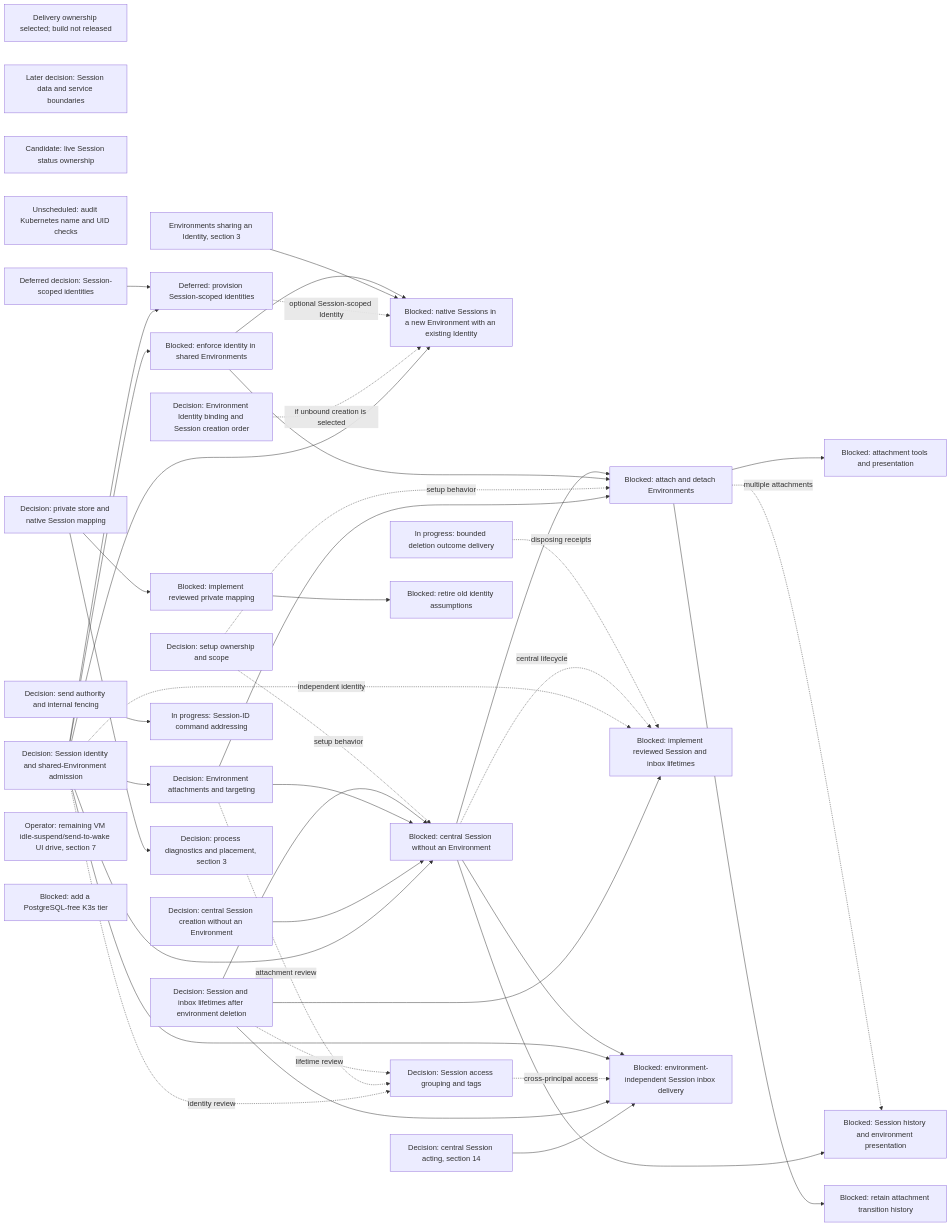
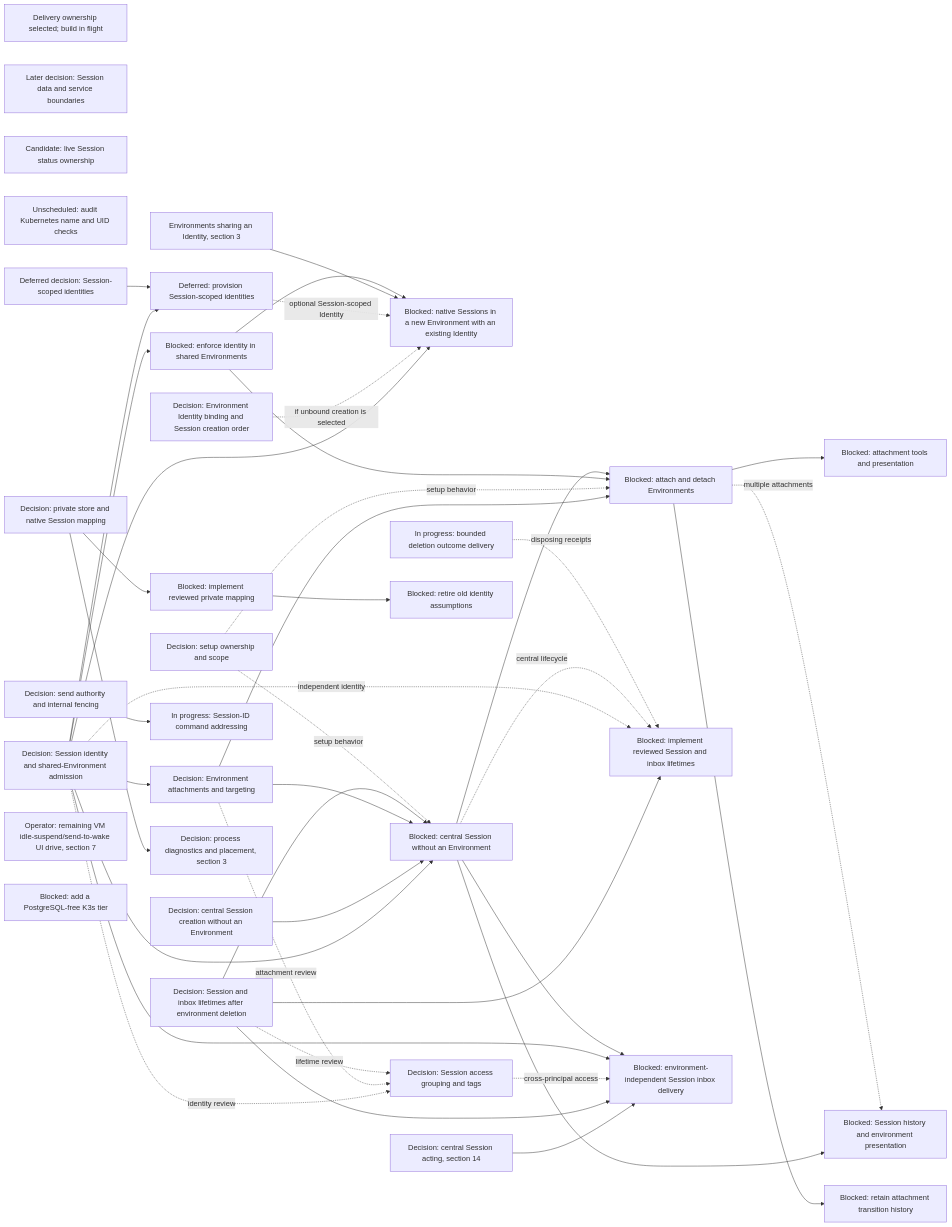
One commit to agentydragon/ducktape changed diagram 15 of 20 in agentplane/plans/task_dag.md. Above: the diagram before and after it, drawn with Mermaid. The commit also changed other lines of this file, not shown here.

First line of the commit message:
agentplane/plans: record the delivery lease and Gateway-era names release

````diff
--- a/agentplane/plans/task_dag.md
+++ b/agentplane/plans/task_dag.md
@@ -2418,73 +2422,73 @@
 ```mermaid
 flowchart LR
-    DISPATCHER_PERSISTENCE_MODEL_DESIGN[Delivery ownership selected; build not released]
+    DISPATCHER_PERSISTENCE_MODEL_DESIGN[Delivery ownership selected; build in flight]
     SESSION_DATA_OWNERSHIP_DESIGN[Later decision: Session data and service boundaries]
     SESSION_LIVE_STATUS_OWNERSHIP_DESIGN[Candidate: live Session status ownership]
     KUBERNETES_UID_CHECK_AUDIT[Unscheduled: audit Kubernetes name and UID checks]
     SESSION_IDENTITY_CONTRACT[Decision: Session identity and shared-Environment admission]
     ENVIRONMENT_IDENTITY_BINDING_DESIGN[Decision: Environment Identity binding and Session creation order]
     SESSION_IDENTITY_PROVISIONING_DESIGN[Deferred decision: Session-scoped identities]
     SESSION_MANAGED_IDENTITY[Deferred: provision Session-scoped identities]
     SESSION_NATIVE_IDENTITY_WORKFLOW[Blocked: native Sessions in a new Environment with an existing Identity]
     ENVIRONMENT_SHARED_IDENTITY[Environments sharing an Identity, section 3]
     SESSION_ACCESS_GROUPING_DESIGN[Decision: Session access grouping and tags]
     CENTRAL_SESSION_CREATION_CONTRACT[Decision: central Session creation without an Environment]
     SESSION_ATTACHMENT_CONTRACT[Decision: Environment attachments and targeting]
     SESSION_ENVIRONMENT_SETUP_DESIGN[Decision: setup ownership and scope]
     SESSION_IDENTITY_ENFORCEMENT[Blocked: enforce identity in shared Environments]
     CENTRAL_SESSION_WITHOUT_ENVIRONMENT[Blocked: central Session without an Environment]
     SESSION_ENV_ATTACHMENTS[Blocked: attach and detach Environments]
     SESSION_ATTACHMENT_SURFACES[Blocked: attachment tools and presentation]
     SESSION_ATTACHMENT_HISTORY[Blocked: retain attachment transition history]
     SESSION_LIFETIME_IMPLEMENTATION[Blocked: implement reviewed Session and inbox lifetimes]
     CENTRAL_SESSION_NOTIFICATIONS[Blocked: environment-independent Session inbox delivery]
     DELIVERY_DESTINATION_AUTHORITY_DESIGN[Decision: send authority and internal fencing]
     SESSION_DELETION_FENCE[In progress: bounded deletion outcome delivery]
     SESSION_AND_INBOX_LIFETIME[Decision: Session and inbox lifetimes after environment deletion]
     DELIVERY_DESTINATION_CONTRACT[In progress: Session-ID command addressing]
     SESSION_HISTORY_PRESENTATION[Blocked: Session history and environment presentation]
     SESSION_IDENTITY_CONTRACT --> CENTRAL_SESSION_WITHOUT_ENVIRONMENT
     CENTRAL_SESSION_ACTING_DESIGN[Decision: central Session acting, section 14] --> CENTRAL_SESSION_NOTIFICATIONS
     CENTRAL_SESSION_CREATION_CONTRACT --> CENTRAL_SESSION_WITHOUT_ENVIRONMENT
     SESSION_ATTACHMENT_CONTRACT --> CENTRAL_SESSION_WITHOUT_ENVIRONMENT
     SESSION_AND_INBOX_LIFETIME --> CENTRAL_SESSION_WITHOUT_ENVIRONMENT
     SESSION_IDENTITY_CONTRACT --> SESSION_IDENTITY_ENFORCEMENT
     SESSION_IDENTITY_CONTRACT --> SESSION_MANAGED_IDENTITY
     SESSION_IDENTITY_PROVISIONING_DESIGN --> SESSION_MANAGED_IDENTITY
     SESSION_IDENTITY_CONTRACT --> SESSION_NATIVE_IDENTITY_WORKFLOW
     ENVIRONMENT_IDENTITY_BINDING_DESIGN -. if unbound creation is selected .-> SESSION_NATIVE_IDENTITY_WORKFLOW
     SESSION_MANAGED_IDENTITY -. optional Session-scoped Identity .-> SESSION_NATIVE_IDENTITY_WORKFLOW
     ENVIRONMENT_SHARED_IDENTITY --> SESSION_NATIVE_IDENTITY_WORKFLOW
     SESSION_IDENTITY_ENFORCEMENT --> SESSION_NATIVE_IDENTITY_WORKFLOW
     SESSION_IDENTITY_CONTRACT --> SESSION_ATTACHMENT_CONTRACT
     SESSION_ATTACHMENT_CONTRACT --> SESSION_ENV_ATTACHMENTS
     SESSION_ENVIRONMENT_SETUP_DESIGN -. setup behavior .-> SESSION_ENV_ATTACHMENTS
     SESSION_ENVIRONMENT_SETUP_DESIGN -. setup behavior .-> CENTRAL_SESSION_WITHOUT_ENVIRONMENT
     SESSION_IDENTITY_ENFORCEMENT --> SESSION_ENV_ATTACHMENTS
     CENTRAL_SESSION_WITHOUT_ENVIRONMENT --> SESSION_ENV_ATTACHMENTS
     SESSION_ENV_ATTACHMENTS --> SESSION_ATTACHMENT_SURFACES
     SESSION_ENV_ATTACHMENTS --> SESSION_ATTACHMENT_HISTORY
     CENTRAL_SESSION_WITHOUT_ENVIRONMENT --> SESSION_HISTORY_PRESENTATION
     SESSION_ENV_ATTACHMENTS -. multiple attachments .-> SESSION_HISTORY_PRESENTATION
     SESSION_AND_INBOX_LIFETIME --> SESSION_LIFETIME_IMPLEMENTATION
     SESSION_IDENTITY_CONTRACT -. independent identity .-> SESSION_LIFETIME_IMPLEMENTATION
     CENTRAL_SESSION_WITHOUT_ENVIRONMENT -. central lifecycle .-> SESSION_LIFETIME_IMPLEMENTATION
     SESSION_DELETION_FENCE -. disposing receipts .-> SESSION_LIFETIME_IMPLEMENTATION
     SESSION_AND_INBOX_LIFETIME --> CENTRAL_SESSION_NOTIFICATIONS
     SESSION_IDENTITY_CONTRACT -. identity review .-> SESSION_ACCESS_GROUPING_DESIGN
     SESSION_ATTACHMENT_CONTRACT -. attachment review .-> SESSION_ACCESS_GROUPING_DESIGN
     SESSION_AND_INBOX_LIFETIME -. lifetime review .-> SESSION_ACCESS_GROUPING_DESIGN
     SESSION_ACCESS_GROUPING_DESIGN -. cross-principal access .-> CENTRAL_SESSION_NOTIFICATIONS
     SESSION_IDENTITY_CONTRACT --> CENTRAL_SESSION_NOTIFICATIONS
     CENTRAL_SESSION_WITHOUT_ENVIRONMENT --> CENTRAL_SESSION_NOTIFICATIONS
     HARNESS_IDENTITY_DESIGN[Decision: private store and native Session mapping]
     RUNNER_STORE_SESSION_IDENTITY[Blocked: implement reviewed private mapping]
     RUNNER_IDENTITY_LEGACY_CLEANUP[Blocked: retire old identity assumptions]
     IDLE_SUSPEND_UI_DRIVE[Operator: remaining VM idle-suspend/send-to-wake UI drive, section 7]
     RUNNER_HARNESS_OBJECTS_DESIGN[Decision: process diagnostics and placement, section 3]
     CNPG_FREE_K3S_INTEGRATION_TIER[Blocked: add a PostgreSQL-free K3s tier]
     DELIVERY_DESTINATION_AUTHORITY_DESIGN --> DELIVERY_DESTINATION_CONTRACT
     RUNNER_STORE_SESSION_IDENTITY --> RUNNER_IDENTITY_LEGACY_CLEANUP
     HARNESS_IDENTITY_DESIGN --> RUNNER_STORE_SESSION_IDENTITY
     HARNESS_IDENTITY_DESIGN --> RUNNER_HARNESS_OBJECTS_DESIGN
 ```
````
